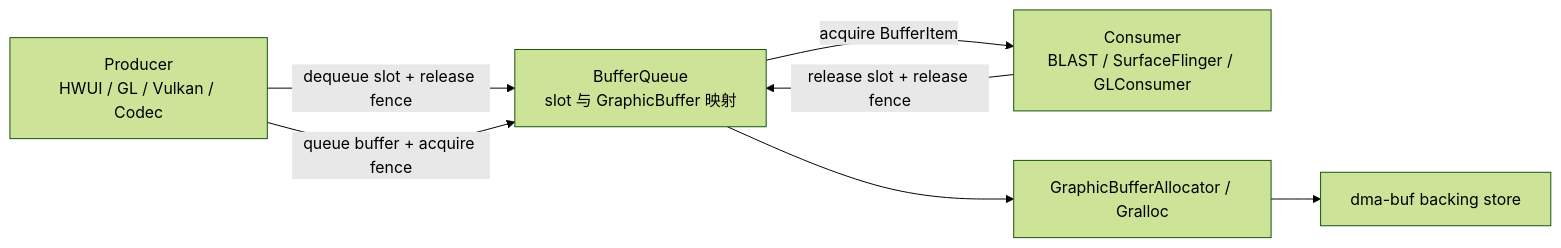
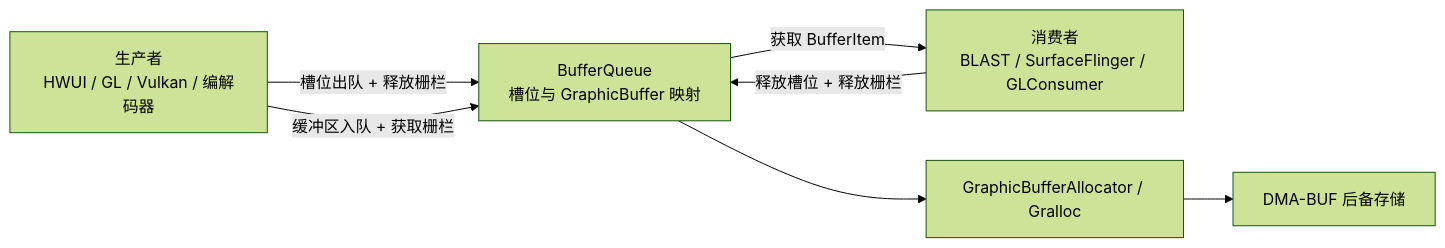
Before and after one commit to Gracker/android-internals-wiki: the first of 2 diagrams in src/part1-fundamentals/ch02-rendering/32-graphic-buffer-memory-pool.md, drawn with Mermaid (forest theme). The commit also changed other lines of this file and 4 other files, not shown here.

````diff
--- a/src/part1-fundamentals/ch02-rendering/32-graphic-buffer-memory-pool.md
+++ b/src/part1-fundamentals/ch02-rendering/32-graphic-buffer-memory-pool.md
@@ -75,9 +75,9 @@
 ```mermaid
 flowchart LR
-    P["Producer<br/>HWUI / GL / Vulkan / Codec"] -->|"dequeue slot + release fence"| Q["BufferQueue<br/>slot 与 GraphicBuffer 映射"]
-    P -->|"queue buffer + acquire fence"| Q
-    Q -->|"acquire BufferItem"| C["Consumer<br/>BLAST / SurfaceFlinger / GLConsumer"]
-    C -->|"release slot + release fence"| Q
+    P["生产者<br/>HWUI / GL / Vulkan / 编解码器"] -->|"槽位出队 + 释放栅栏"| Q["BufferQueue<br/>槽位与 GraphicBuffer 映射"]
+    P -->|"缓冲区入队 + 获取栅栏"| Q
+    Q -->|"获取 BufferItem"| C["消费者<br/>BLAST / SurfaceFlinger / GLConsumer"]
+    C -->|"释放槽位 + 释放栅栏"| Q
     Q --> G["GraphicBufferAllocator / Gralloc"]
-    G --> D["dma-buf backing store"]
+    G --> D["DMA-BUF 后备存储"]
 ```
````
